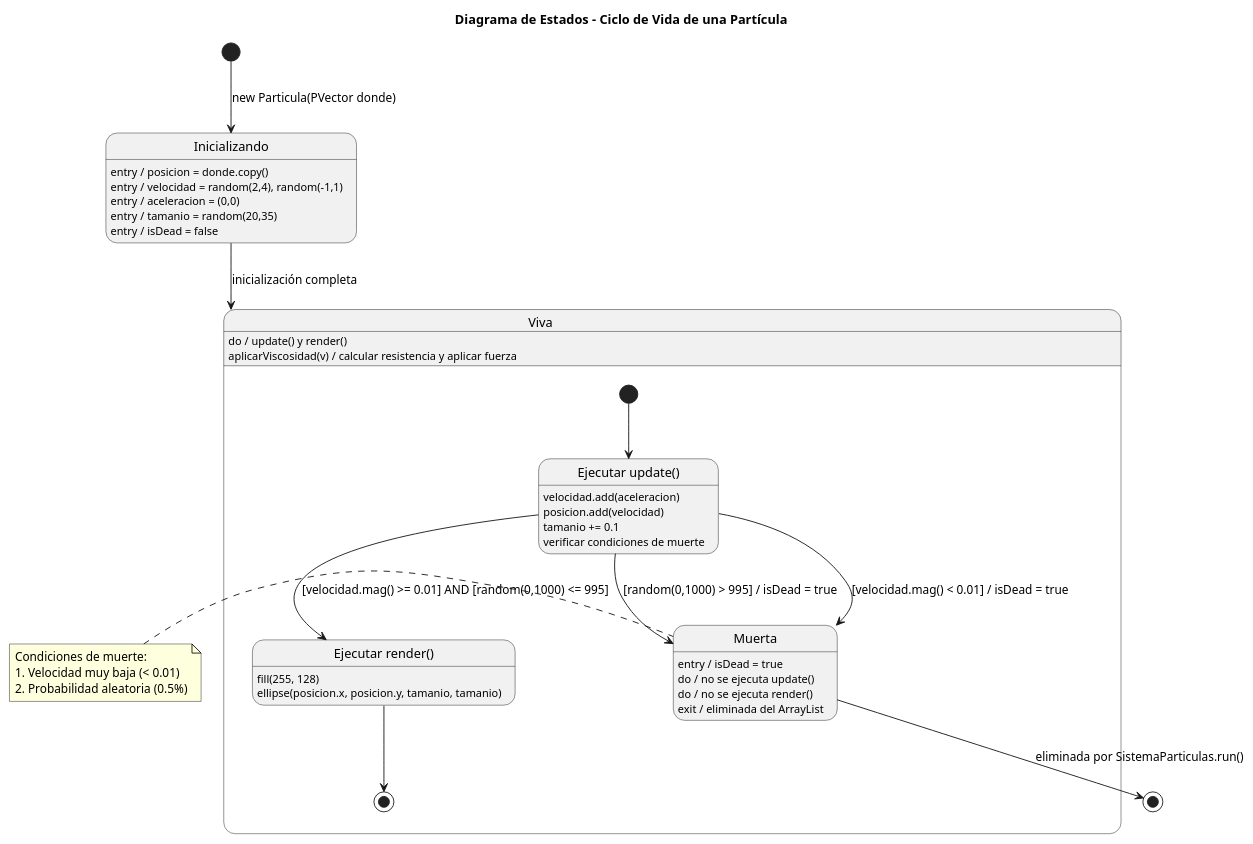
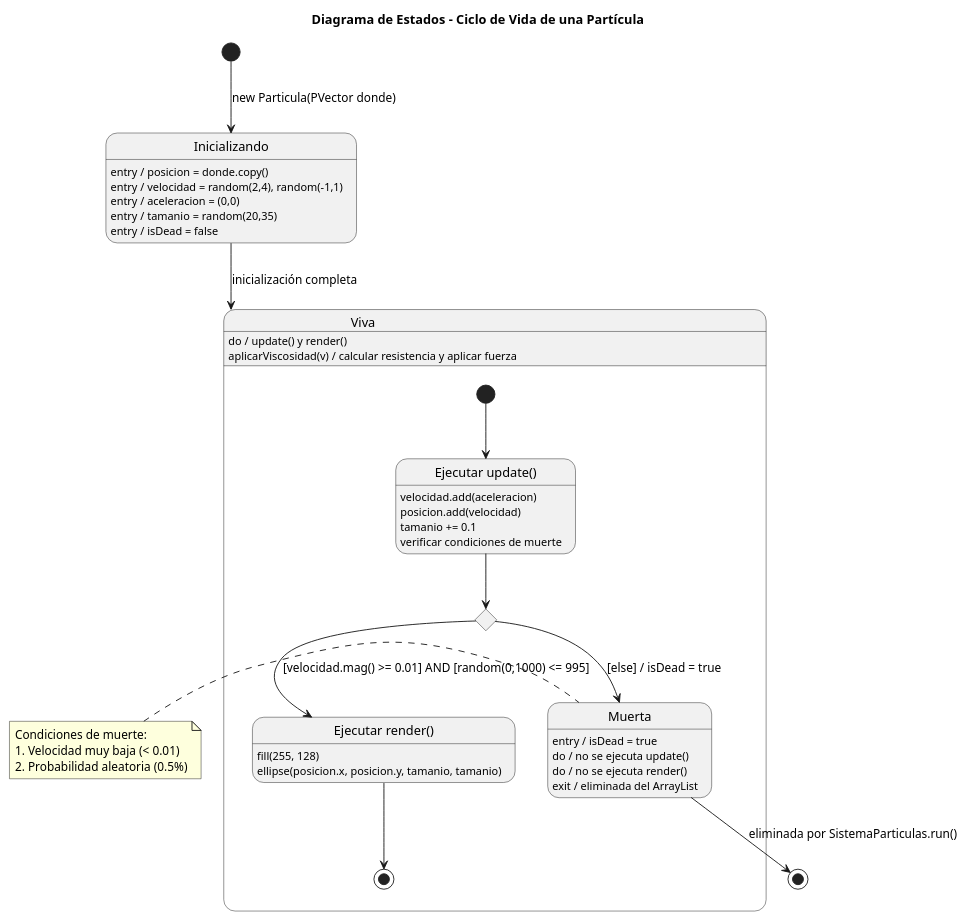
Before and after one commit to uma-dte-docencia/burbujas: the diagram in doc/state_diagram.puml, drawn with PlantUML. The commit also changed 1 other file, not shown here.

Commit message:
diagrama de estados

```diff
--- a/doc/state_diagram.puml
+++ b/doc/state_diagram.puml
@@ -1,55 +1,57 @@
 @startuml state_diagram
 
 title Diagrama de Estados - Ciclo de Vida de una Partícula
 
 [*] --> Inicializando : new Particula(PVector donde)
 
 state Inicializando {
   Inicializando : entry / posicion = donde.copy()
   Inicializando : entry / velocidad = random(2,4), random(-1,1)
   Inicializando : entry / aceleracion = (0,0)
   Inicializando : entry / tamanio = random(20,35)
   Inicializando : entry / isDead = false
 }
 
 Inicializando --> Viva : inicialización completa
 
 state Viva {
   Viva : do / update() y render()
   Viva : aplicarViscosidad(v) / calcular resistencia y aplicar fuerza
   
   state "Ejecutar update()" as update_activity {
     update_activity : velocidad.add(aceleracion)
     update_activity : posicion.add(velocidad)
     update_activity : tamanio += 0.1
     update_activity : verificar condiciones de muerte
   }
   
   state "Ejecutar render()" as render_activity {
     render_activity : fill(255, 128)
     render_activity : ellipse(posicion.x, posicion.y, tamanio, tamanio)
   }
+
+  state decision_muerte <<choice>>
   
   [*] --> update_activity
-  update_activity --> render_activity : [velocidad.mag() >= 0.01] AND [random(0,1000) <= 995]
-  update_activity --> Muerta : [velocidad.mag() < 0.01] / isDead = true
-  update_activity --> Muerta : [random(0,1000) > 995] / isDead = true
+  update_activity --> decision_muerte
+  decision_muerte --> render_activity : [velocidad.mag() >= 0.01] AND [random(0,1000) <= 995]
+  decision_muerte --> Muerta : [else] / isDead = true
   render_activity --> [*]
 }
 
 state Muerta {
   Muerta : entry / isDead = true
   Muerta : do / no se ejecuta update()
   Muerta : do / no se ejecuta render()
   Muerta : exit / eliminada del ArrayList
 }
 
 Muerta --> [*] : eliminada por SistemaParticulas.run()
 
 note left of Muerta
   Condiciones de muerte:
   1. Velocidad muy baja (< 0.01)
   2. Probabilidad aleatoria (0.5%)
 end note
 
 @enduml
```
